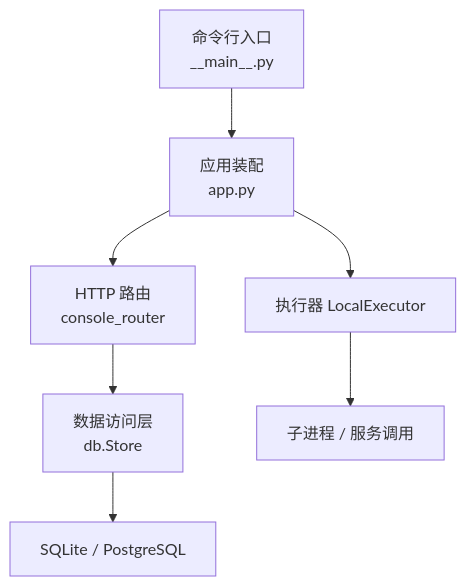
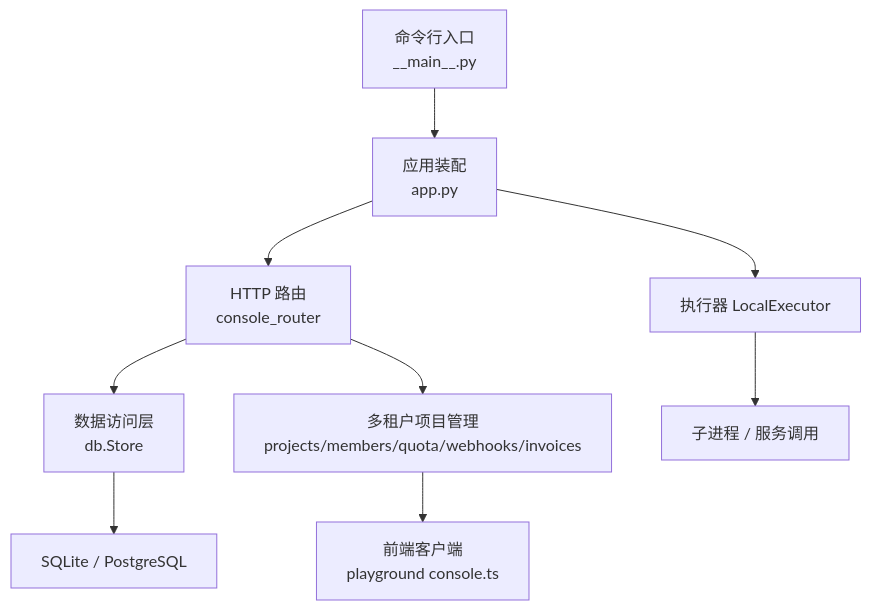
The first of 15 diagrams in .qoder/repowiki/zh/content/训练框架/控制台数据库持久化系统.md (joezxh/kev), drawn with Mermaid before and after one commit. The commit also changed other lines of this file and 124 other files, not shown here.

````diff
--- a/.qoder/repowiki/zh/content/训练框架/控制台数据库持久化系统.md
+++ b/.qoder/repowiki/zh/content/训练框架/控制台数据库持久化系统.md
@@ -34,9 +44,11 @@
 ```mermaid
 graph TB
 A["命令行入口<br/>__main__.py"] --> B["应用装配<br/>app.py"]
 B --> C["HTTP 路由<br/>console_router"]
 C --> D["数据访问层<br/>db.Store"]
 D --> E["SQLite / PostgreSQL"]
 B --> F["执行器 LocalExecutor"]
 F --> G["子进程 / 服务调用"]
+C --> H["多租户项目管理<br/>projects/members/quota/webhooks/invoices"]
+H --> I["前端客户端<br/>playground console.ts"]
 ```
````
